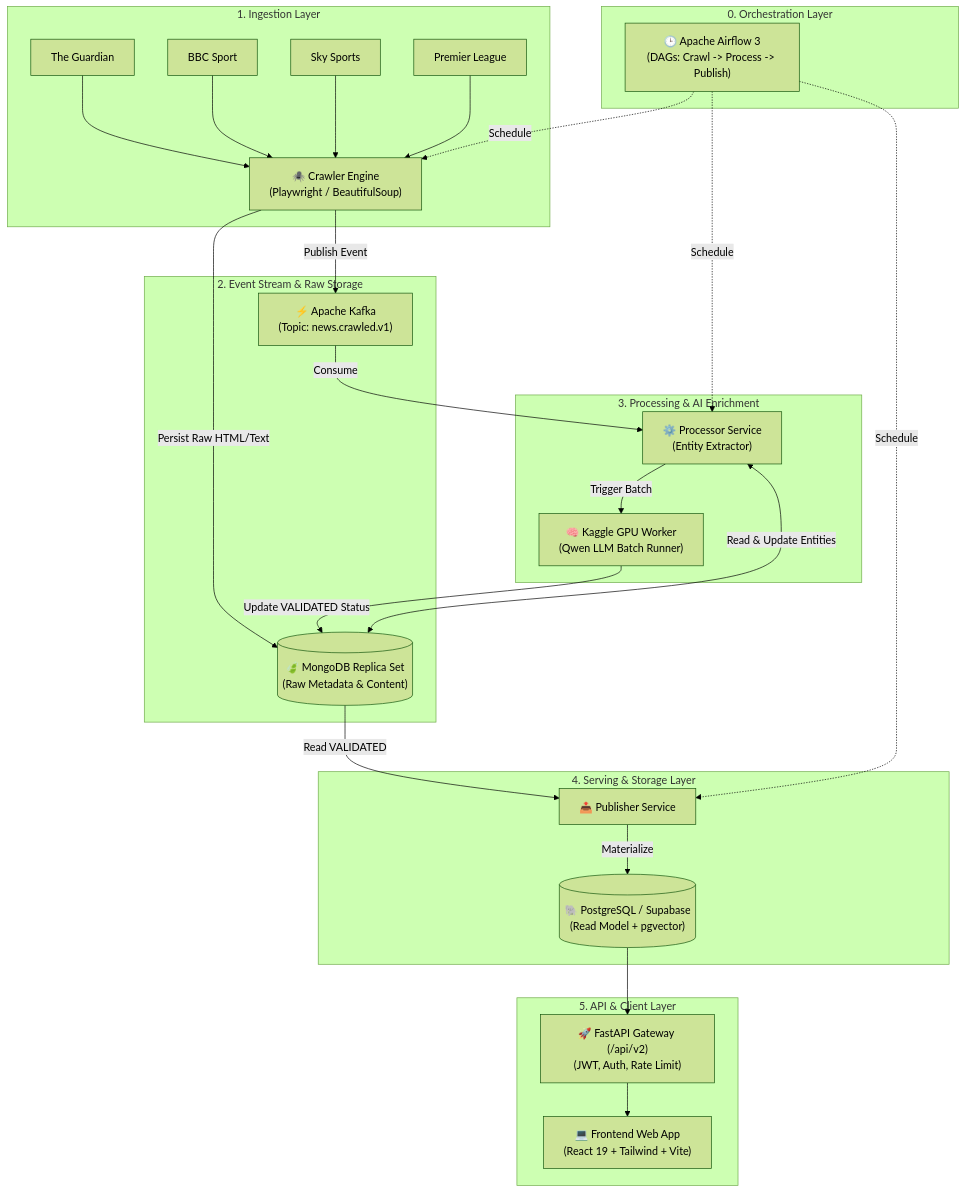
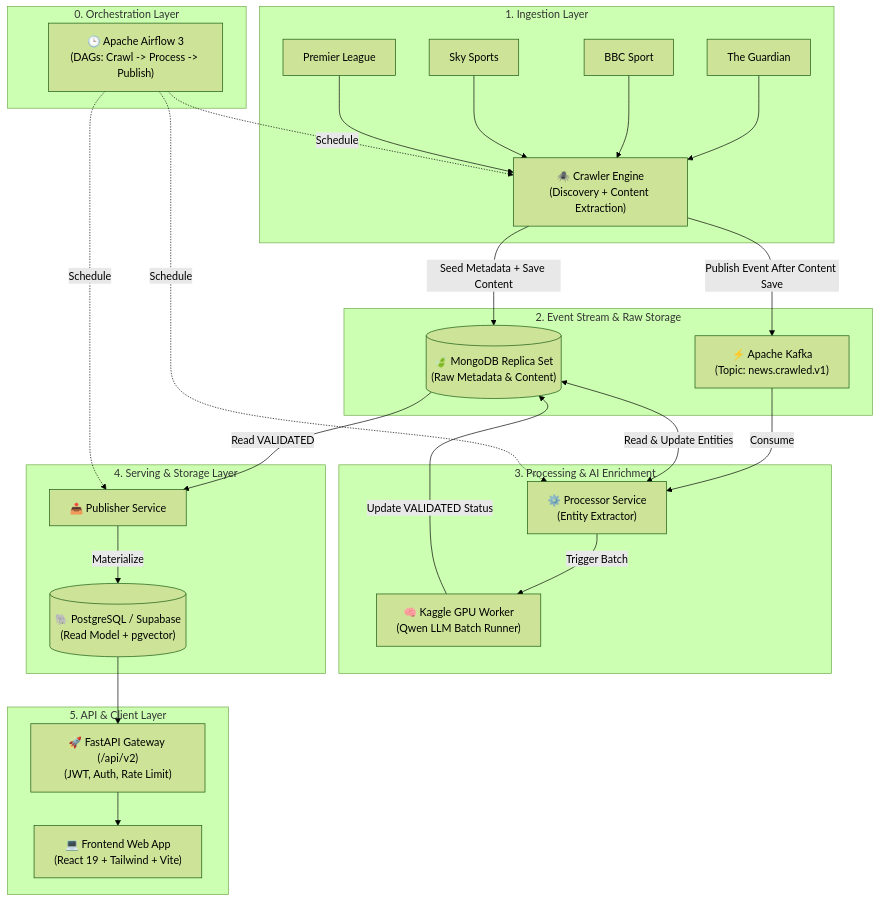
One commit to marvinphung/project3 changed the diagram in README.md. Above: the diagram before and after it, drawn with Mermaid (forest theme). The commit also changed other lines of this file and 9 other files, not shown here.

````diff
--- a/README.md
+++ b/README.md
@@ -43,48 +43,48 @@
 ```mermaid
 flowchart TB
     subgraph SOURCING["1. Ingestion Layer"]
         S1["The Guardian"]
         S2["BBC Sport"]
         S3["Sky Sports"]
         S4["Premier League"]
-        CRAWLER["🕷️ Crawler Engine<br/>(Playwright / BeautifulSoup)"]
+        CRAWLER["🕷️ Crawler Engine<br/>(Discovery + Content Extraction)"]
         S1 & S2 & S3 & S4 --> CRAWLER
     end
 
     subgraph STREAM_RAW["2. Event Stream & Raw Storage"]
         KAFKA["⚡ Apache Kafka<br/>(Topic: news.crawled.v1)"]
         MONGO[("🍃 MongoDB Replica Set<br/>(Raw Metadata & Content)")]
-        CRAWLER -->|Publish Event| KAFKA
-        CRAWLER -->|Persist Raw HTML/Text| MONGO
+        CRAWLER -->|Seed Metadata + Save Content| MONGO
+        CRAWLER -->|Publish Event After Content Save| KAFKA
     end
 
     subgraph ENRICHMENT["3. Processing & AI Enrichment"]
         PROCESSOR["⚙️ Processor Service<br/>(Entity Extractor)"]
         KAGGLE["🧠 Kaggle GPU Worker<br/>(Qwen LLM Batch Runner)"]
         KAFKA -->|Consume| PROCESSOR
         MONGO <-->|Read & Update Entities| PROCESSOR
         PROCESSOR -->|Trigger Batch| KAGGLE
         KAGGLE -->|Update VALIDATED Status| MONGO
     end
 
     subgraph SERVING["4. Serving & Storage Layer"]
         PUBLISHER["📤 Publisher Service"]
         POSTGRES[("🐘 PostgreSQL / Supabase<br/>(Read Model + pgvector)")]
         MONGO -->|Read VALIDATED| PUBLISHER
         PUBLISHER -->|Materialize| POSTGRES
     end
 
     subgraph API_CLIENT["5. API & Client Layer"]
         API["🚀 FastAPI Gateway (/api/v2)<br/>(JWT, Auth, Rate Limit)"]
         FE["💻 Frontend Web App<br/>(React 19 + Tailwind + Vite)"]
         POSTGRES --> API
         API --> FE
     end
 
     subgraph ORCHESTRATION["0. Orchestration Layer"]
         AIRFLOW["🕒 Apache Airflow 3<br/>(DAGs: Crawl -> Process -> Publish)"]
         AIRFLOW -.->|Schedule| CRAWLER
         AIRFLOW -.->|Schedule| PROCESSOR
         AIRFLOW -.->|Schedule| PUBLISHER
     end
 ```
````
